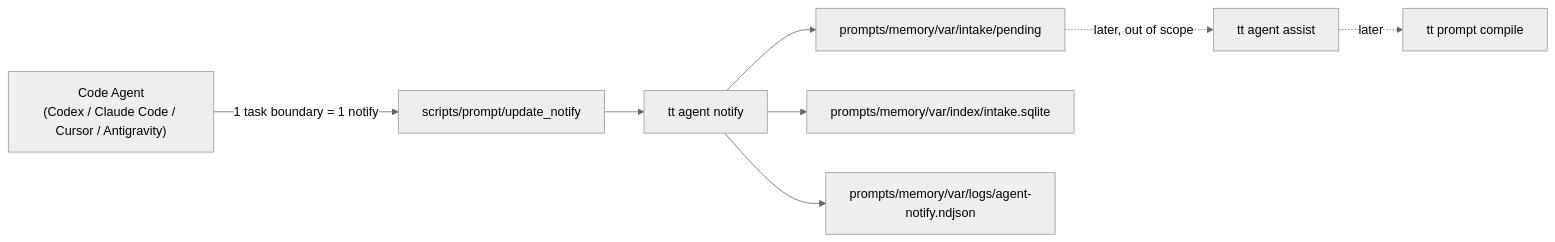
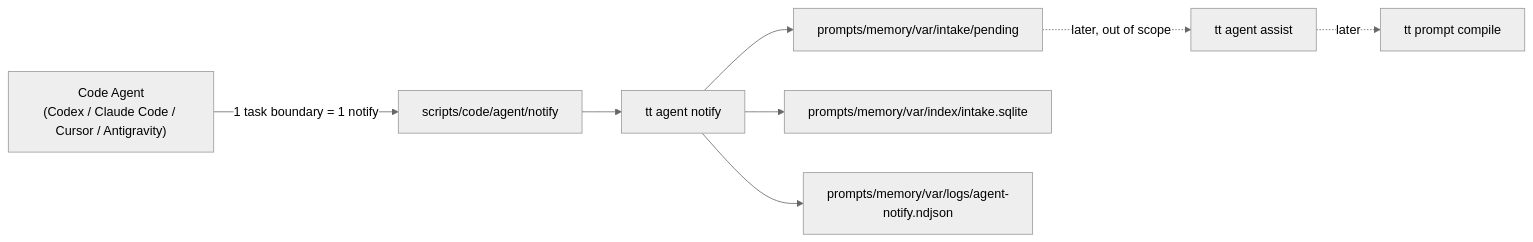
One commit to axsh/tokotachi changed the first of 2 diagrams in prompts/phases/000-foundation/branches/fix-memory-compiling/ideas/000-Agentic-Memory-Intake.md. Above: the diagram before and after it, drawn with Mermaid (neutral theme). The commit also changed other lines of this file, not shown here.

Commit message:
docs: restructure wrapper paths from scripts/prompt/ to scripts/code/ with subcommand hierarchy

````diff
--- a/prompts/phases/000-foundation/branches/fix-memory-compiling/ideas/000-Agentic-Memory-Intake.md
+++ b/prompts/phases/000-foundation/branches/fix-memory-compiling/ideas/000-Agentic-Memory-Intake.md
@@ -34,10 +34,10 @@
 ```mermaid
 flowchart LR
-    A["Code Agent<br/>(Codex / Claude Code / Cursor / Antigravity)"] -->|"1 task boundary = 1 notify"| B["scripts/prompt/update_notify"]
+    A["Code Agent<br/>(Codex / Claude Code / Cursor / Antigravity)"] -->|"1 task boundary = 1 notify"| B["scripts/code/agent/notify"]
     B --> C["tt agent notify"]
     C --> D["prompts/memory/var/intake/pending"]
     C --> E["prompts/memory/var/index/intake.sqlite"]
     C --> F["prompts/memory/var/logs/agent-notify.ndjson"]
     D -. "later, out of scope" .-> G["tt agent assist"]
     G -. "later" .-> H["tt prompt compile"]
 ```
````
